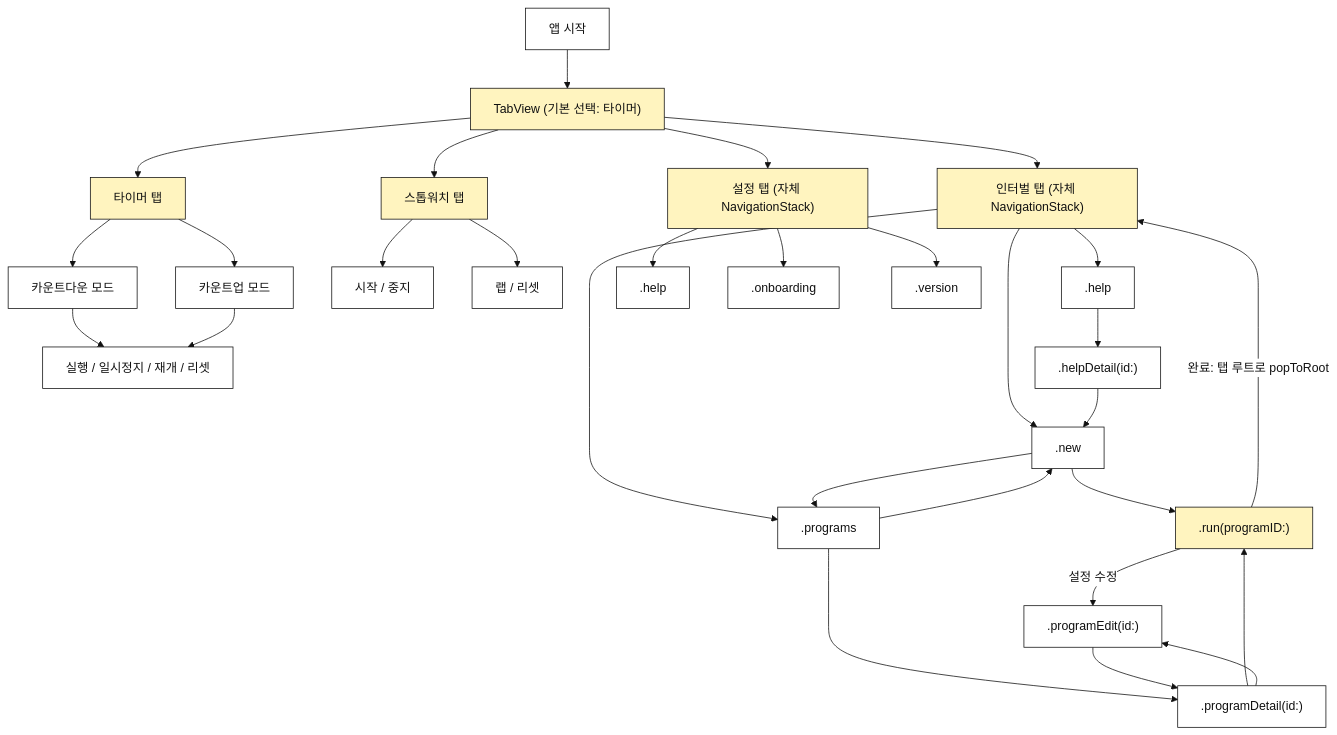
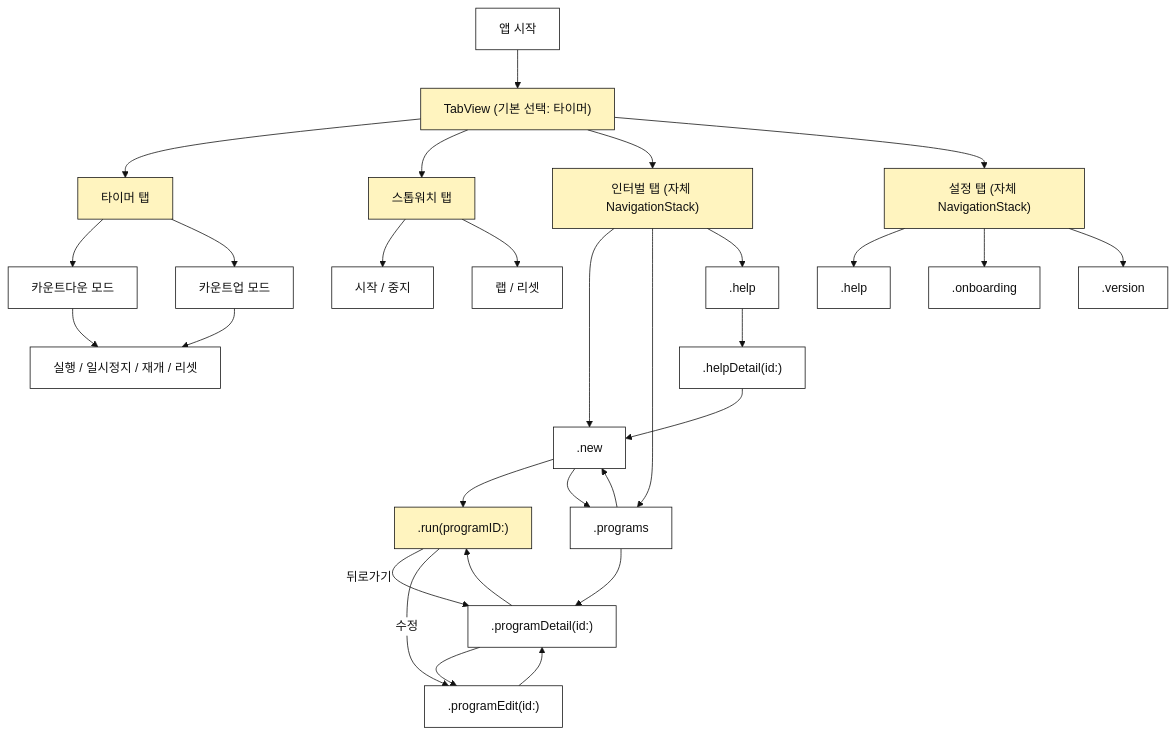
Before and after one commit to KalGookSoo/tempo: the diagram in docs/navigation-structure.md, drawn with Mermaid. The commit also changed other lines of this file and 2 other files, not shown here.

Commit message:
fix: 인터벌 실행 화면 완료 버튼 제거, 표준 뒤로가기 적용
- 완료 버튼 제거, 뒤로가기는 .navigationBarBackButtonHidden 해제로 표준화
- 설정 수정 버튼을 툴바 우측 상단 NavigationLink로 이동
- 일시정지/재개/리셋에 RunningControlButton 적용
- RunningDisplayView에 secondaryFont 파라미터 추가(라운드 표시 title2)
- docs/navigation-structure.md를 변경된 동작에 맞게 갱신

closes #20

````diff
--- a/docs/navigation-structure.md
+++ b/docs/navigation-structure.md
@@ -49,42 +49,42 @@
 ```mermaid
 %%{init: {"theme": "base", "themeVariables": {"background": "transparent", "primaryColor": "#FFFFFF", "primaryTextColor": "#111111", "primaryBorderColor": "#111111", "lineColor": "#111111", "tertiaryColor": "#F7F7F2"}}}%%
 flowchart TD
     A["앱 시작"] --> TB["TabView (기본 선택: 타이머)"]
     TB --> T["타이머 탭"]
     TB --> S["스톱워치 탭"]
     TB --> I["인터벌 탭 (자체 NavigationStack)"]
     TB --> G["설정 탭 (자체 NavigationStack)"]
 
     T --> T1["카운트다운 모드"]
     T --> T2["카운트업 모드"]
     T1 --> T3["실행 / 일시정지 / 재개 / 리셋"]
     T2 --> T3
 
     S --> S1["시작 / 중지"]
     S --> S2["랩 / 리셋"]
 
     I --> N[".new"]
     I --> P[".programs"]
     I --> H[".help"]
     H --> H1[".helpDetail(id:)"]
 
     N --> R[".run(programID:)"]
     N --> P
     P --> P2[".programDetail(id:)"]
     P --> N
     P2 --> R
     P2 --> E[".programEdit(id:)"]
     E --> P2
     H1 --> N
-    R -->|완료: 탭 루트로 popToRoot| I
-    R -->|설정 수정| E
+    R -->|뒤로가기| P2
+    R -->|수정| E
 
     G --> GH[".help"]
     G --> GO[".onboarding"]
     G --> GV[".version"]
 
     classDef primary fill:#FFF4BF,stroke:#111111,color:#111111;
     classDef screen fill:#FFFFFF,stroke:#111111,color:#111111;
     class TB,T,S,I,G,R primary;
     class T1,T2,T3,S1,S2,N,P,H,H1,P2,E,GH,GO,GV screen;
 ```
````
